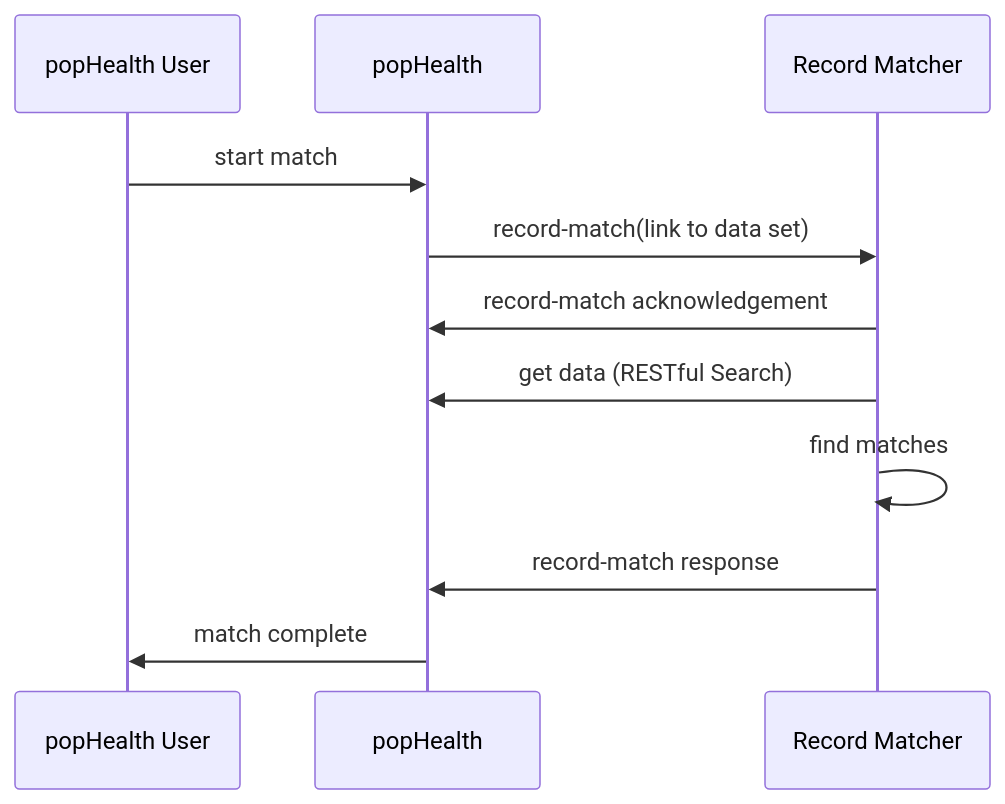
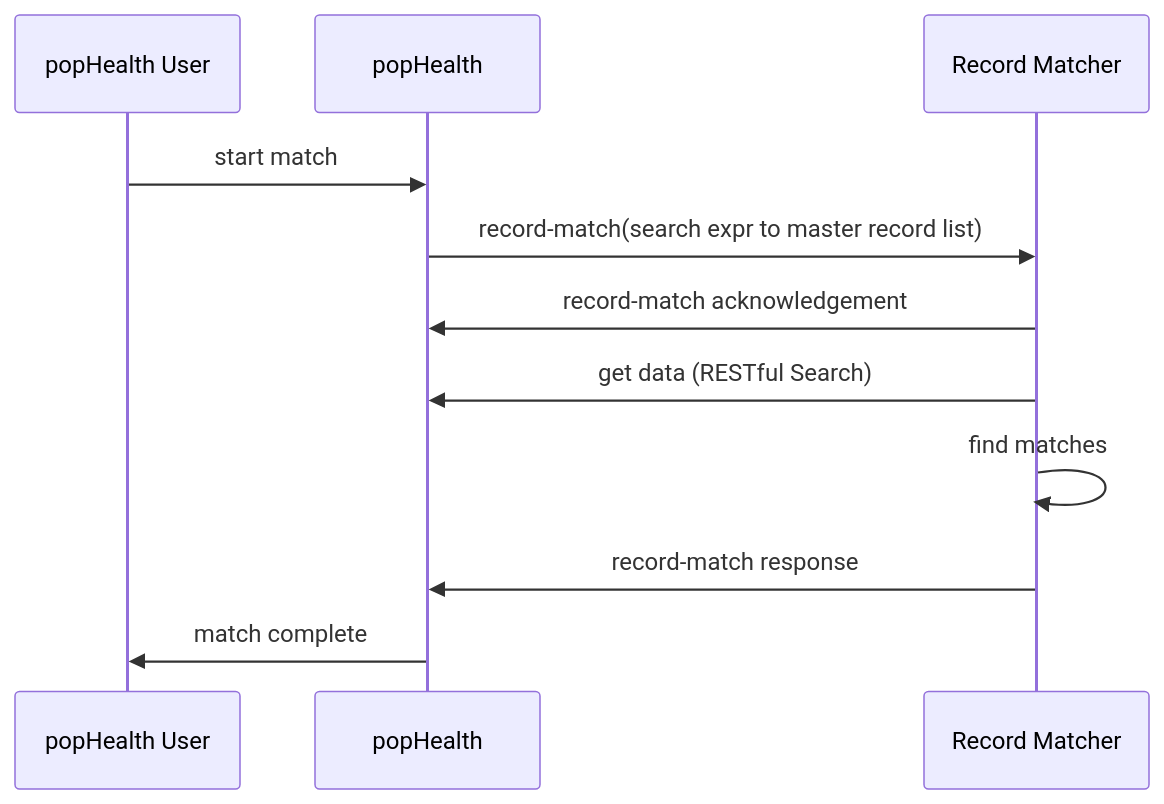
The first of 2 diagrams in popHealthRecordMatchInterface.md (mitre/test-harness-interface), drawn with Mermaid before and after one commit. The commit also changed other lines of this file and 1 other file, not shown here.

Commit message:
Replace image of second sequence diagram with mermaid code

```diff
--- a/popHealthRecordMatchInterface.md
+++ b/popHealthRecordMatchInterface.md
@@ -32,10 +32,10 @@
 {% mermaid %}
 sequenceDiagram
 popHealth User->>popHealth: start match
-popHealth->>Record Matcher: record-match(link to data set)
+popHealth->>Record Matcher: record-match(search expr to master record list)
 Record Matcher->>popHealth: record-match acknowledgement
 Record Matcher->>popHealth: get data (RESTful Search)
 Record Matcher->>Record Matcher:find matches
 Record Matcher->>popHealth: record-match response
 popHealth->>popHealth User: match complete
 {% endmermaid %}
```
